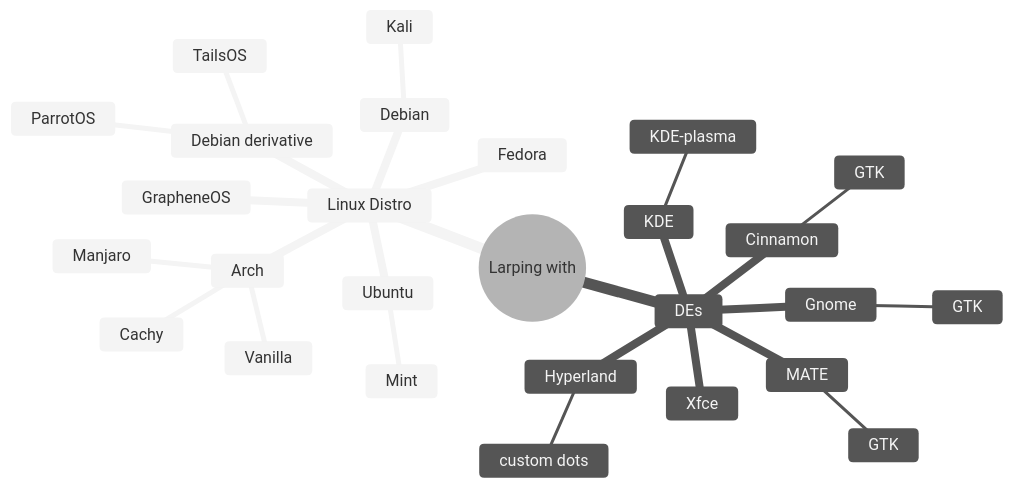
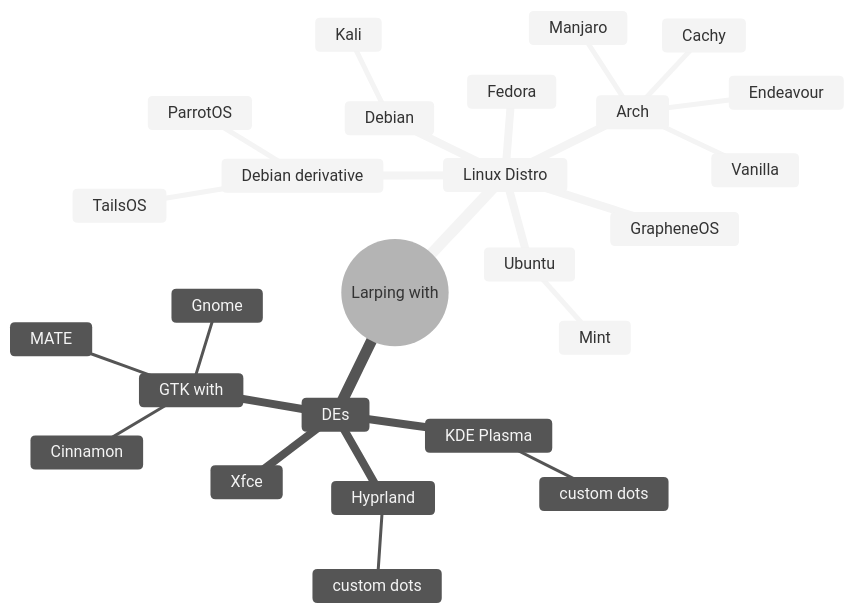
Before and after one commit to Chintanpatel24/Chintanpatel24: the diagram in README.md, drawn with Mermaid (neutral theme).

````diff
--- a/README.md
+++ b/README.md
@@ -4,30 +4,29 @@
 ```mermaid
 mindmap
   root((Larping with))
    Linux Distro
     GrapheneOS
     Arch
+      Endeavour
       Vanilla
       Cachy
       Manjaro
     Debian
       Kali
     Ubuntu
       Mint
     Fedora
     Debian derivative
       ParrotOS
       TailsOS
    DEs
       Xfce
-      KDE
-       KDE-plasma
-      Hyperland
-        custom dots  
-      Cinnamon
-        GTK
-      Gnome
-        GTK
-      MATE
-        GTK
+      KDE Plasma
+       custom dots
+      Hyprland
+        custom dots
+      GTK with
+       Cinnamon
+       Gnome
+       MATE
 ```
````
